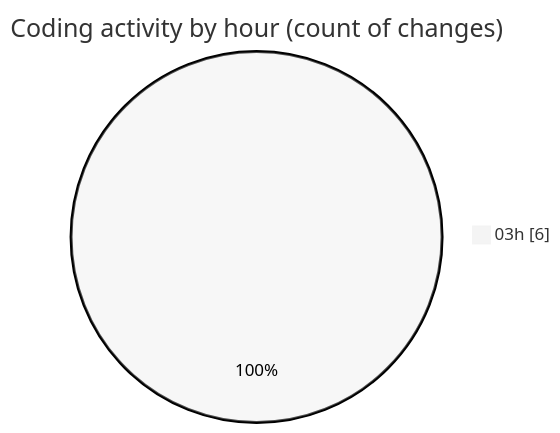
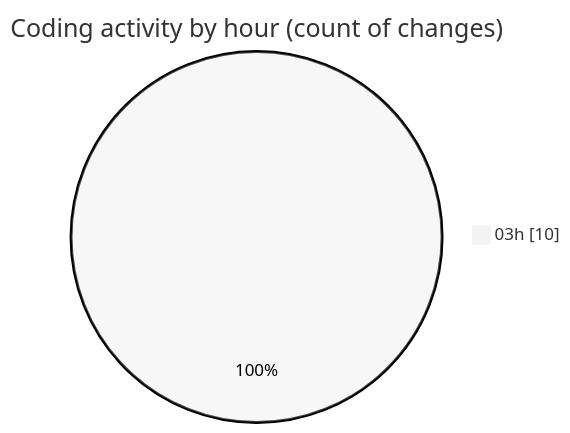
Before and after one commit to shibass792/code-tracking: the second of 2 diagrams in 2026-07-15/shibass-ai/README.md, drawn with Mermaid (neutral theme). The commit also changed other lines of this file and 1 other file, not shown here.

````diff
--- a/2026-07-15/shibass-ai/README.md
+++ b/2026-07-15/shibass-ai/README.md
@@ -33,5 +33,5 @@
 ```mermaid
 pie showData
 title Coding activity by hour (count of changes)
-"03h" : 6
+"03h" : 10
 ```
````
